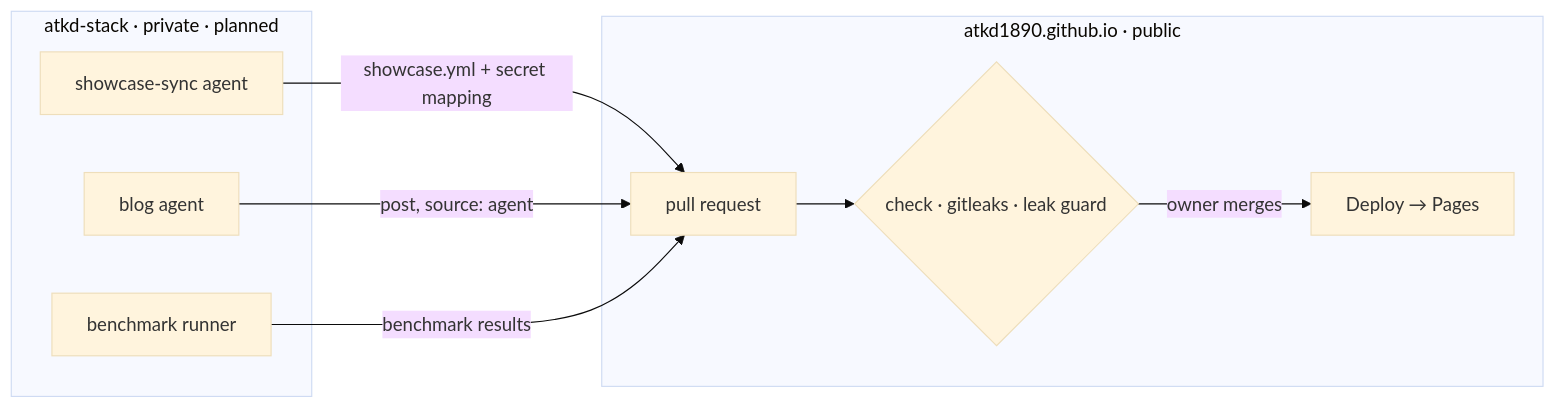
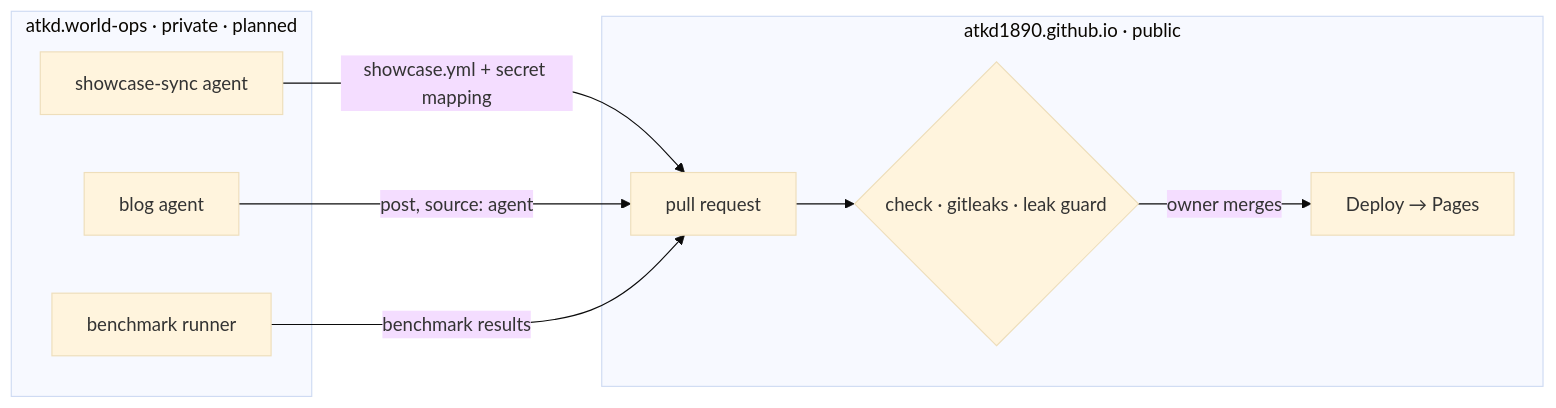
The diagram in src/lab/os.en.mmd (atkd1890/atkd1890.github.io), drawn with Mermaid (base theme) before and after one commit. The commit also changed 17 other files, not shown here.

```diff
--- a/src/lab/os.en.mmd
+++ b/src/lab/os.en.mmd
@@ -1,13 +1,13 @@
 flowchart LR
-  subgraph stack["atkd-stack · private · planned"]
+  subgraph ops["atkd.world-ops · private · planned"]
     A1["showcase-sync agent"]
     A2["blog agent"]
     A3["benchmark runner"]
   end
   subgraph site["atkd1890.github.io · public"]
     PR["pull request"] --> CI{"check · gitleaks · leak guard"}
     CI -->|"owner merges"| D["Deploy → Pages"]
   end
   A1 -->|"showcase.yml + secret mapping"| PR
   A2 -->|"post, source: agent"| PR
   A3 -->|"benchmark results"| PR
```
